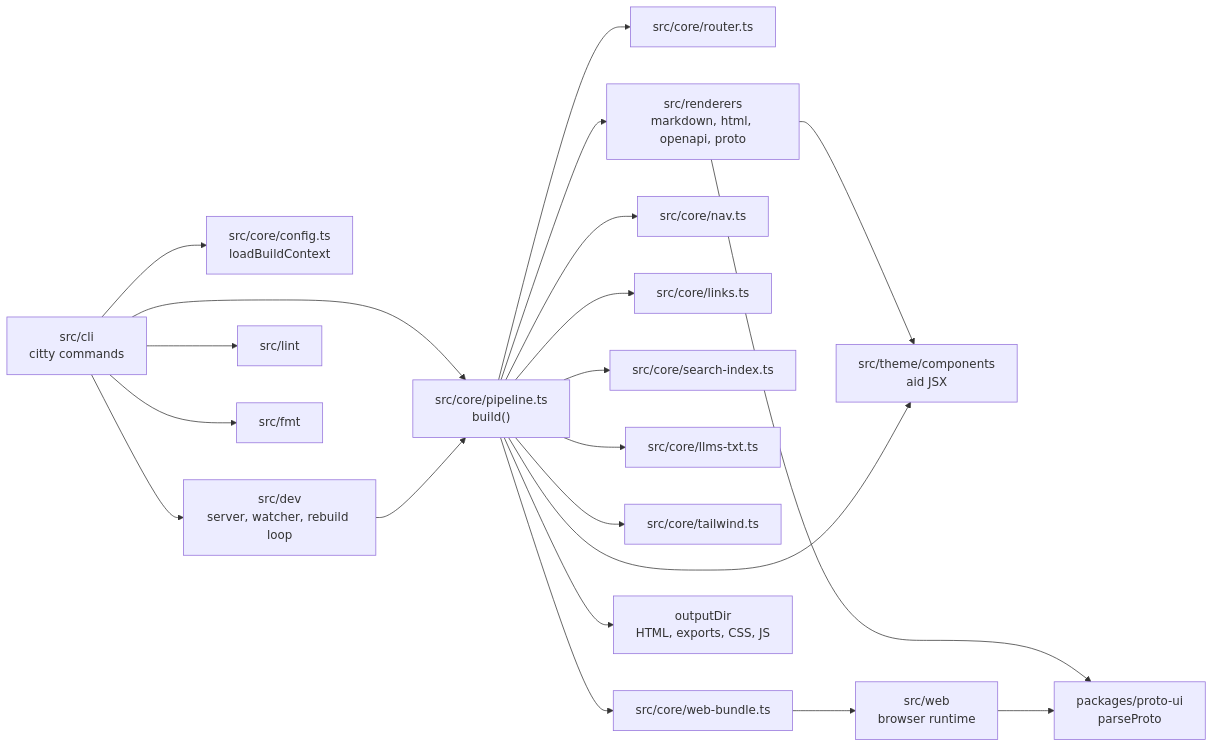
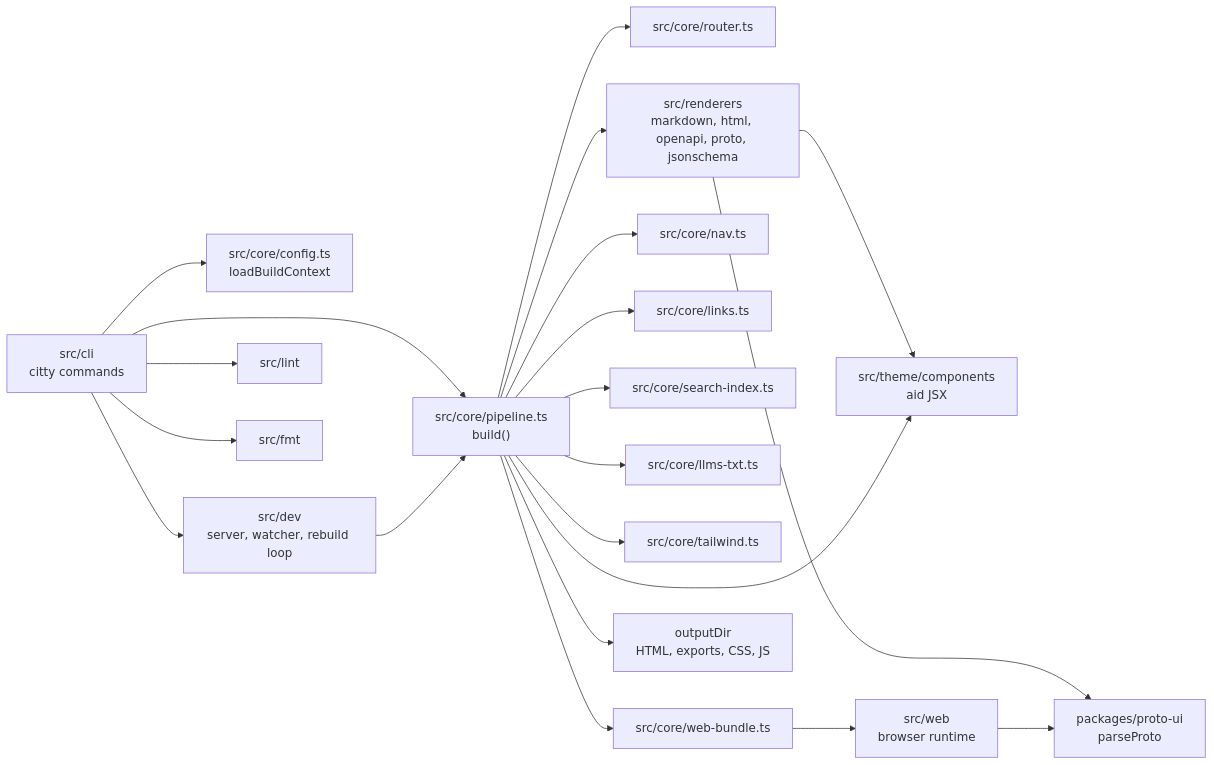
One commit to Shikachuu/aid changed the diagram in site/docs/contributing/architecture.md. Above: the diagram before and after it, drawn with Mermaid. The commit also changed other lines of this file and 45 other files, not shown here.

First line of the commit message:
feat: add json schema page kind

````diff
--- a/site/docs/contributing/architecture.md
+++ b/site/docs/contributing/architecture.md
@@ -13,23 +13,23 @@
 ```mermaid
 flowchart LR
   cli["src/cli<br/>citty commands"] --> config["src/core/config.ts<br/>loadBuildContext"]
   cli --> pipeline["src/core/pipeline.ts<br/>build()"]
   cli --> dev["src/dev<br/>server, watcher, rebuild loop"]
   cli --> lint["src/lint"]
   cli --> fmt["src/fmt"]
   dev --> pipeline
   pipeline --> router["src/core/router.ts"]
-  pipeline --> renderers["src/renderers<br/>markdown, html, openapi, proto"]
+  pipeline --> renderers["src/renderers<br/>markdown, html, openapi, proto, jsonschema"]
   pipeline --> nav["src/core/nav.ts"]
   pipeline --> links["src/core/links.ts"]
   pipeline --> search["src/core/search-index.ts"]
   pipeline --> llms["src/core/llms-txt.ts"]
   pipeline --> tailwind["src/core/tailwind.ts"]
   pipeline --> webbundle["src/core/web-bundle.ts"]
   renderers --> theme["src/theme/components<br/>aid JSX"]
   pipeline --> theme
   renderers --> protoui["packages/proto-ui<br/>parseProto"]
   webbundle --> web["src/web<br/>browser runtime"]
   web --> protoui
   pipeline --> out["outputDir<br/>HTML, exports, CSS, JS"]
 ```
````
